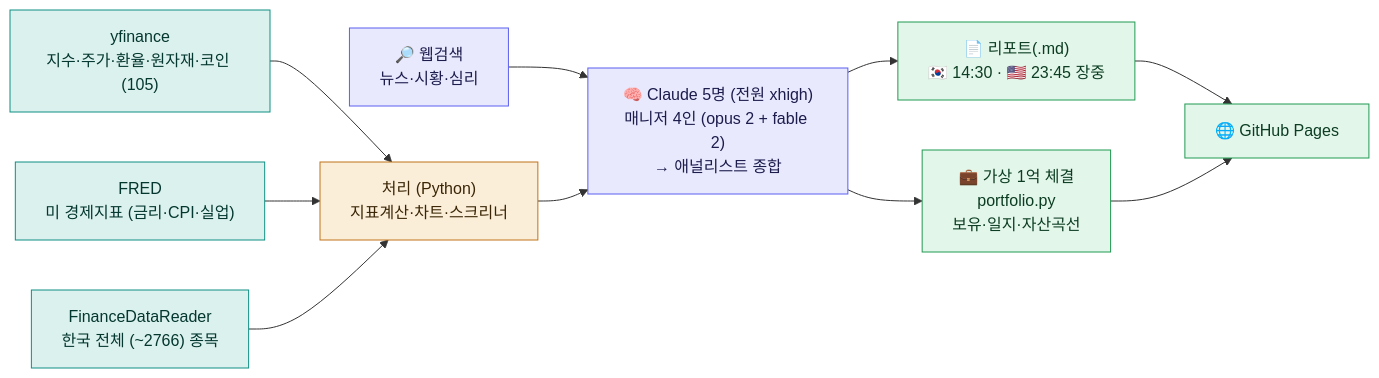
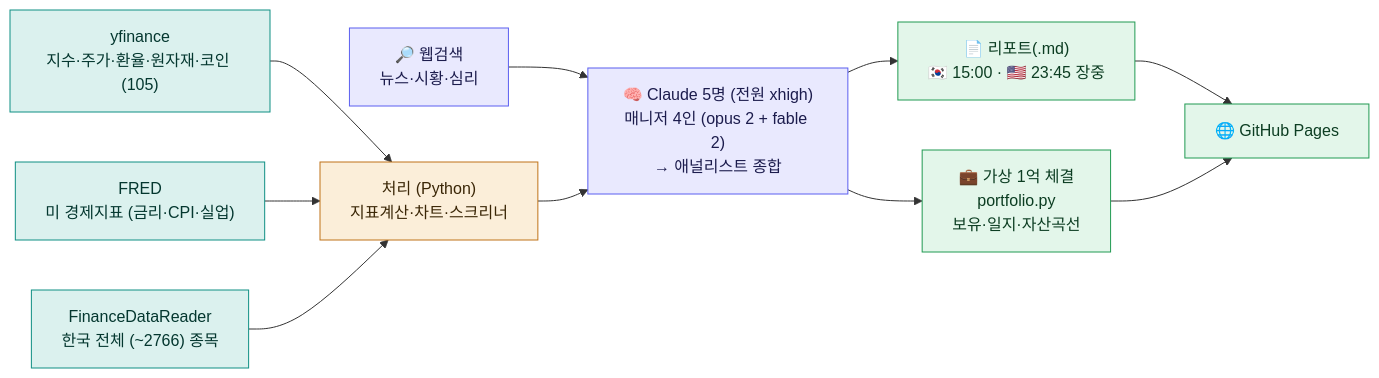
Before and after one commit to gks930620/stock-daily: the second of 2 diagrams in docs/OVERVIEW.md, drawn with Mermaid. The commit also changed other lines of this file and 15 other files, not shown here.

````diff
--- a/docs/OVERVIEW.md
+++ b/docs/OVERVIEW.md
@@ -67,17 +67,17 @@
 ```mermaid
 flowchart LR
   Y["yfinance<br/>지수·주가·환율·원자재·코인 (105)"] --> P
   FR["FRED<br/>미 경제지표 (금리·CPI·실업)"] --> P
   FD["FinanceDataReader<br/>한국 전체 (~2766) 종목"] --> P
   WS["🔎 웹검색<br/>뉴스·시황·심리"] --> CL
 
   P["처리 (Python)<br/>지표계산·차트·스크리너"] --> CL
-  CL["🧠 Claude 5명 (전원 xhigh)<br/>매니저 4인 (opus 2 + fable 2)<br/>→ 애널리스트 종합"] --> R["📄 리포트(.md)<br/>🇰🇷 14:30 · 🇺🇸 23:45 장중"] --> PG["🌐 GitHub Pages"]
+  CL["🧠 Claude 5명 (전원 xhigh)<br/>매니저 4인 (opus 2 + fable 2)<br/>→ 애널리스트 종합"] --> R["📄 리포트(.md)<br/>🇰🇷 15:00 · 🇺🇸 23:45 장중"] --> PG["🌐 GitHub Pages"]
   CL --> PF["💼 가상 1억 체결<br/>portfolio.py<br/>보유·일지·자산곡선"] --> PG
 
   classDef data fill:#dbf1ee,stroke:#0e8f83,color:#04372f;
   classDef proc fill:#fbeed9,stroke:#bf7318,color:#3a2606;
   classDef ai   fill:#e9e9fe,stroke:#5b5ff0,color:#1c1c4d;
   classDef pub  fill:#e3f6ea,stroke:#219a52,color:#0c3d22;
   class Y,FR,FD data; class P proc; class WS,CL ai; class R,PF,PG pub;
 ```
````
